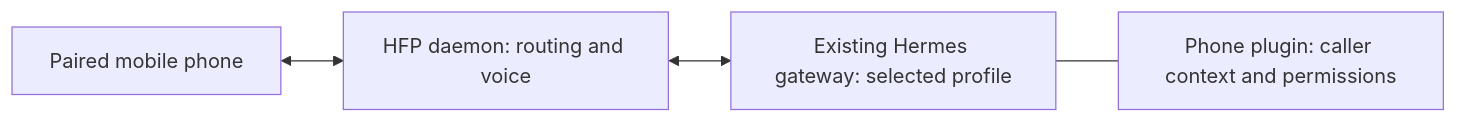
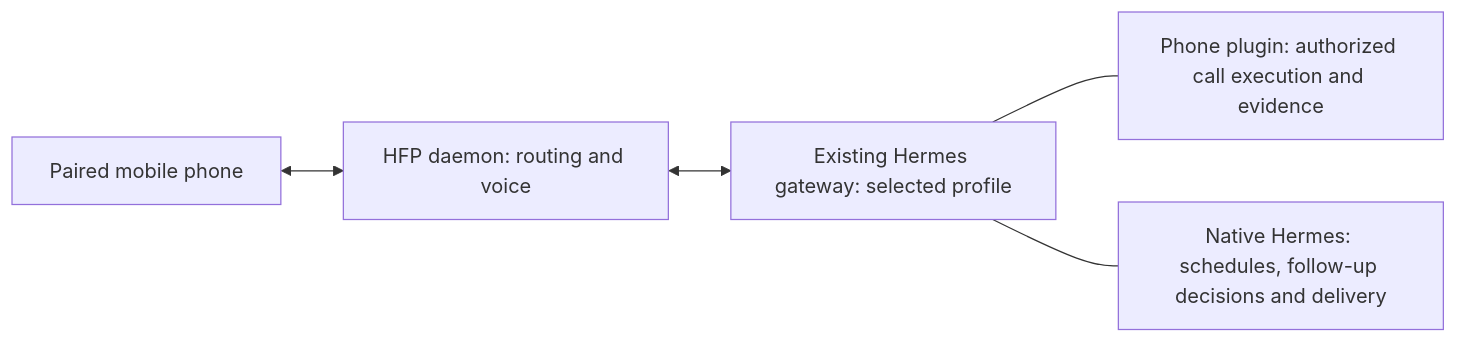
The diagram in README.md (virusz4274/hermes-phone-hfp), drawn with Mermaid before and after one commit. The commit also changed other lines of this file and 36 other files, not shown here.

First line of the commit message:
feat: use native Hermes phone workflows and reconcile documentation

````diff
--- a/README.md
+++ b/README.md
@@ -31,6 +31,7 @@
 ```mermaid
 flowchart LR
     phone[Paired mobile phone] <--> daemon[HFP daemon: routing and voice]
     daemon <--> gateway[Existing Hermes gateway: selected profile]
-    gateway --- plugin[Phone plugin: caller context and permissions]
+    gateway --- plugin[Phone plugin: authorized call execution and evidence]
+    gateway --- native[Native Hermes: schedules, follow-up decisions and delivery]
 ```
````
